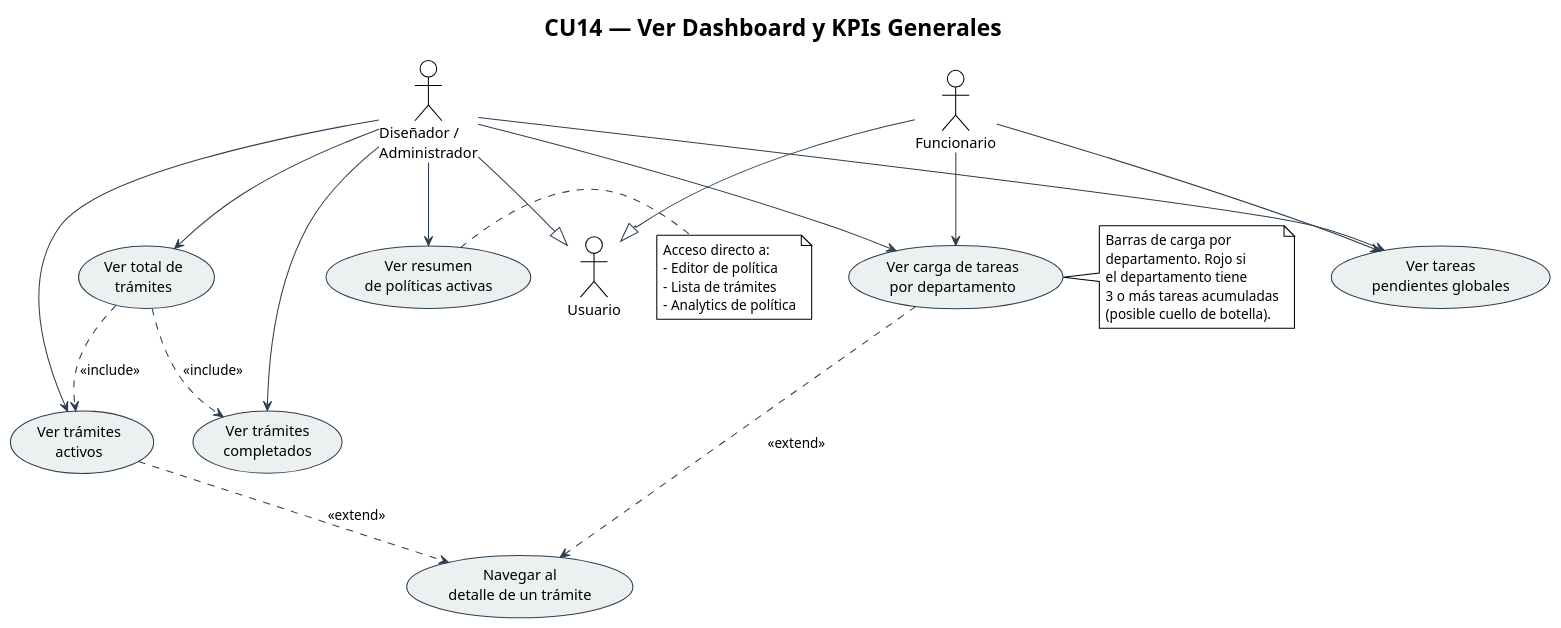
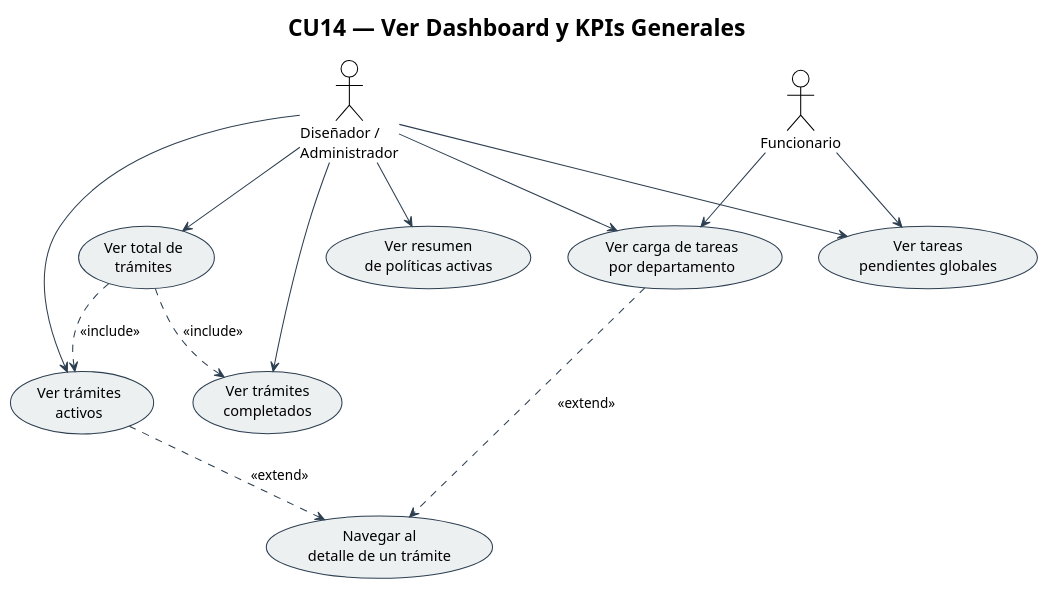
Before and after one commit to luisfernandoAngulo28/Examen1SW1: the diagram in docs/uml/cu14_dashboard_kpis.puml, drawn with PlantUML. The commit also changed 61 other files, not shown here.

Commit message:
docs+feat: commit all documentation, UML diagrams, ai-service routes, mobile app updates

```diff
--- a/docs/uml/cu14_dashboard_kpis.puml
+++ b/docs/uml/cu14_dashboard_kpis.puml
@@ -1,57 +1,41 @@
 @startuml CU14_Dashboard_KPIs
 !theme plain
 skinparam actorStyle default
 skinparam usecaseBorderColor #2C3E50
 skinparam usecaseBackgroundColor #ECF0F1
 skinparam arrowColor #2C3E50
 
 title CU14 — Ver Dashboard y KPIs Generales
 
 ' ── Actores ──
 actor "Diseñador /\nAdministrador" as ADMIN
 actor "Funcionario"  as OFFICER
-actor "Usuario"      as USER
 
-ADMIN   --|> USER
-OFFICER --|> USER
 
 ' ── Casos de uso ──
 usecase "Ver total de\ntrámites"                  as UC_TOTAL
 usecase "Ver trámites\nactivos"                   as UC_ACTIVE
 usecase "Ver trámites\ncompletados"               as UC_DONE
 usecase "Ver tareas\npendientes globales"          as UC_PENDING
 usecase "Ver carga de tareas\npor departamento"   as UC_BY_DEPT
 usecase "Ver resumen\nde políticas activas"       as UC_POLICIES
 usecase "Navegar al\ndetalle de un trámite"       as UC_DRILL
 
 ' ── Relaciones ──
 ADMIN --> UC_TOTAL
 ADMIN --> UC_ACTIVE
 ADMIN --> UC_DONE
 ADMIN --> UC_PENDING
 ADMIN --> UC_BY_DEPT
 ADMIN --> UC_POLICIES
 OFFICER --> UC_PENDING
 OFFICER --> UC_BY_DEPT
 
 UC_TOTAL    ..> UC_ACTIVE   : <<include>>
 UC_TOTAL    ..> UC_DONE     : <<include>>
 UC_ACTIVE   ..> UC_DRILL    : <<extend>>
 UC_BY_DEPT  ..> UC_DRILL    : <<extend>>
 
-note right of UC_BY_DEPT
-  Barras de carga por
-  departamento. Rojo si
-  el departamento tiene
-  3 o más tareas acumuladas
-  (posible cuello de botella).
-end note
 
-note right of UC_POLICIES
-  Acceso directo a:
-  - Editor de política
-  - Lista de trámites
-  - Analytics de política
-end note
 
 @enduml
```
